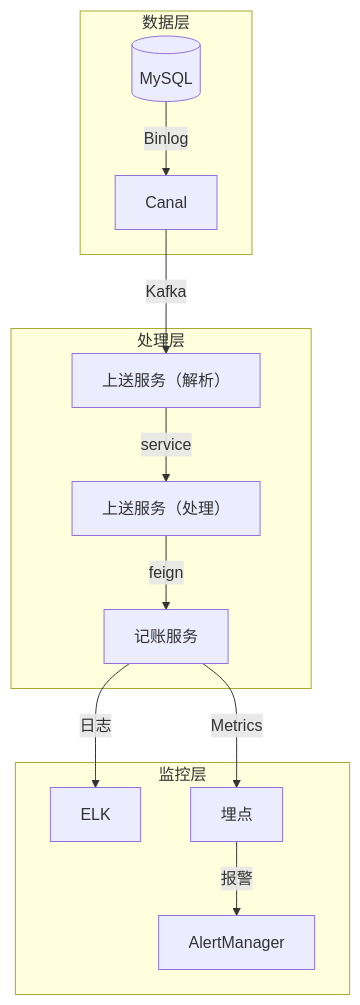
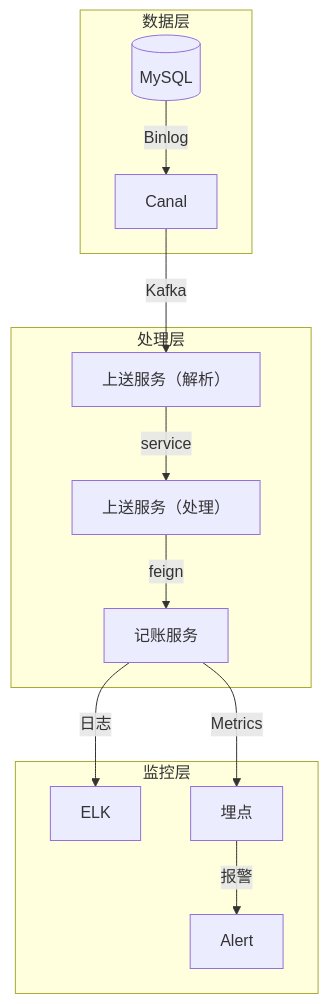
One commit to 87828943/iodraw-files changed the diagram in all/未命名-1.md. Above: the diagram before and after it, drawn with Mermaid.

Commit message:
2025-07-01 19:52:31 update

````diff
--- a/all/未命名-1.md
+++ b/all/未命名-1.md
@@ -1,16 +1,16 @@
 ```mermaid
 graph TB
     subgraph 数据层
         DB[(MySQL)] -->|Binlog| Canal
     end
     subgraph 处理层
         Canal -->|Kafka| Parser[上送服务（解析）]
         Parser -->|service| Engine[上送服务（处理）]
         Engine -->|feign| Accounting[记账服务]
     end
     subgraph 监控层
         Accounting -->|日志| ELK
         Accounting -->|Metrics| 埋点
-        埋点 -->|报警| AlertManager
+        埋点 -->|报警| Alert
     end
 ```
````
